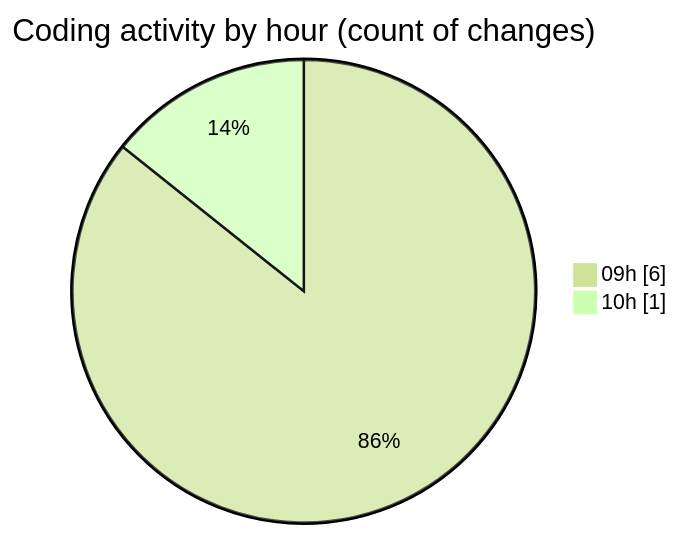
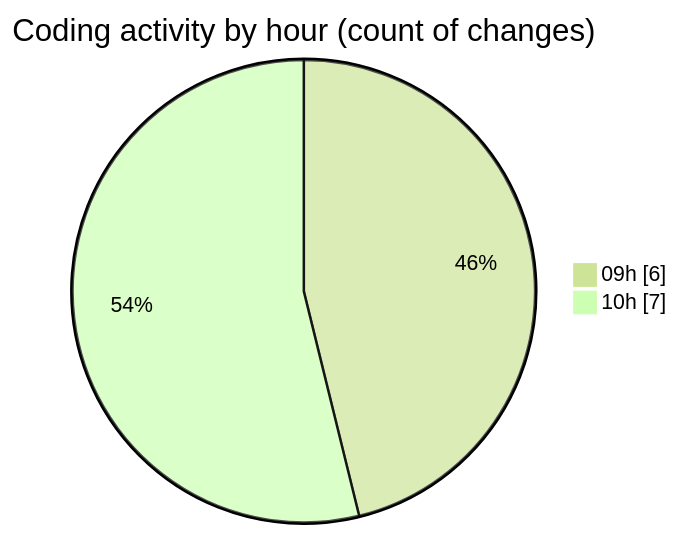
The second of 2 diagrams in 2025-10-22/cda/README.md (momahboobian/code-tracking), drawn with Mermaid (forest theme) before and after one commit. The commit also changed other lines of this file and 1 other file, not shown here.

````diff
--- a/2025-10-22/cda/README.md
+++ b/2025-10-22/cda/README.md
@@ -31,6 +31,6 @@
 ```mermaid
 pie showData
 title Coding activity by hour (count of changes)
 "09h" : 6
-"10h" : 1
+"10h" : 7
 ```
````
